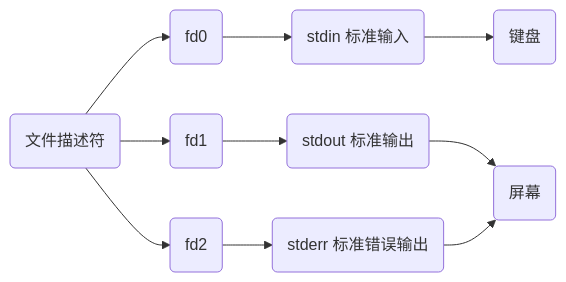
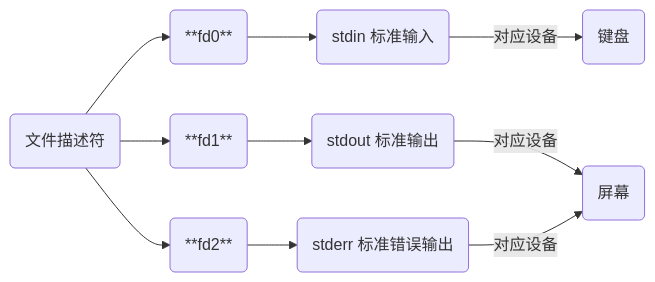
One commit to dmjcb/dmjcb.github.io changed the first of 4 diagrams in _posts/操作系统/Linux/文件/2021-10-16-文件概念.md. Above: the diagram before and after it, drawn with Mermaid. The commit also changed other lines of this file and 35 other files, not shown here.

````diff
--- a/_posts/操作系统/Linux/文件/2021-10-16-文件概念.md
+++ b/_posts/操作系统/Linux/文件/2021-10-16-文件概念.md
@@ -49,8 +48,8 @@
 ```mermaid
 graph LR;
     F(文件描述符)
 
-    F-->fd0(fd0)-->stdin(stdin 标准输入)-->键盘(键盘)
-    F-->fd1(fd1)-->stdout(stdout 标准输出)-->屏幕(屏幕)
-    F-->fd2(fd2)-->stderr(stderr 标准错误输出)-->屏幕(屏幕)    
+    F-->fd0(**fd0**)-->stdin(stdin 标准输入)--对应设备-->键盘(键盘)
+    F-->fd1(**fd1**)-->stdout(stdout 标准输出)--对应设备-->屏幕(屏幕)
+    F-->fd2(**fd2**)-->stderr(stderr 标准错误输出)--对应设备-->屏幕(屏幕)    
 ```
````
